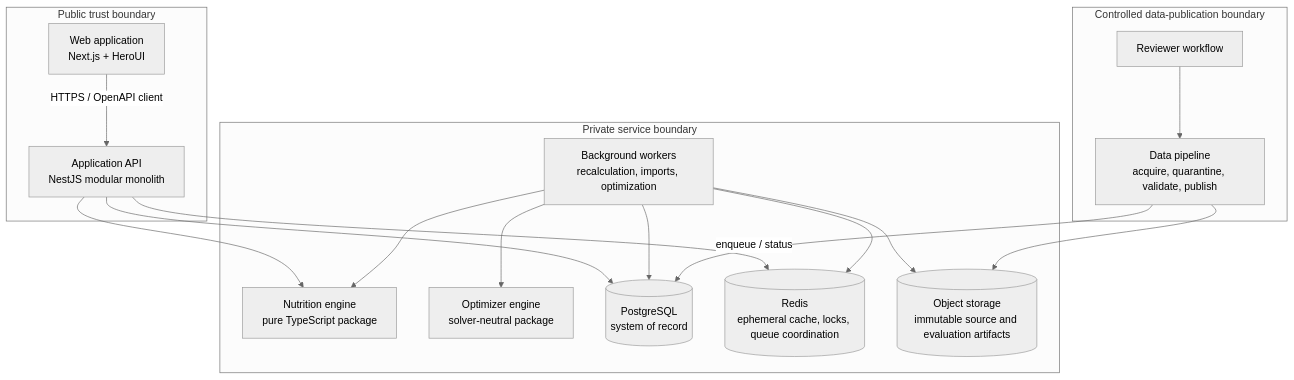
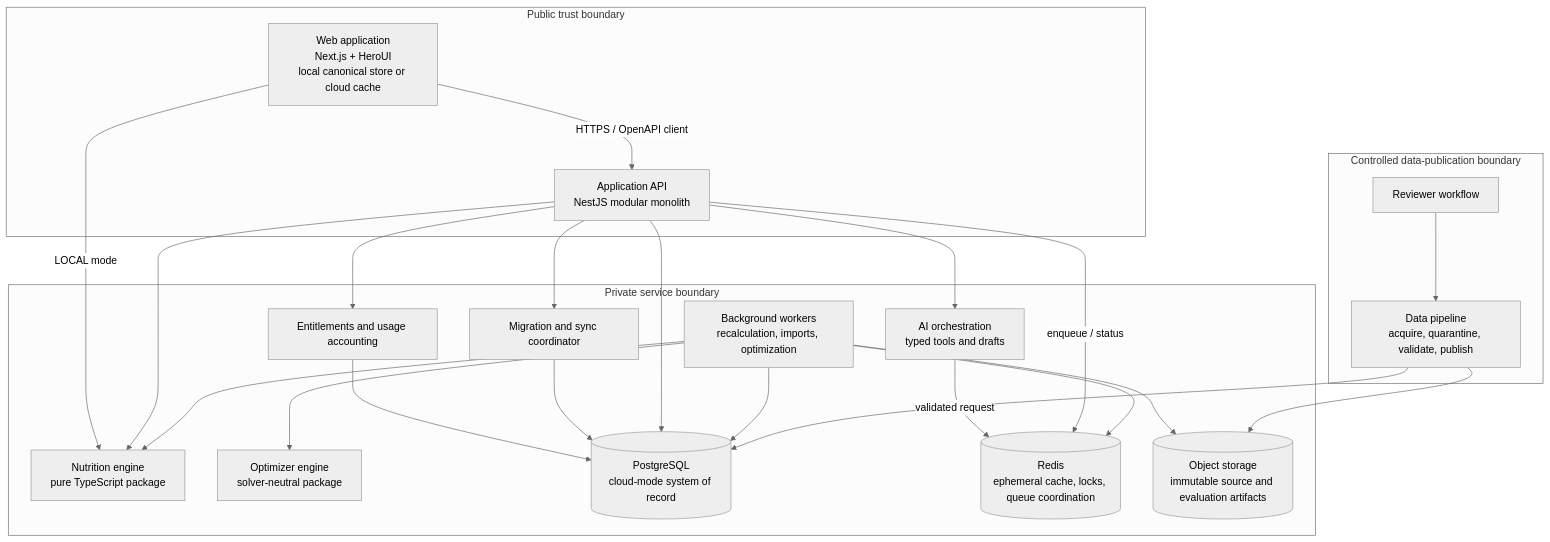
The second of 3 diagrams in docs/architecture/target-architecture.md (shari-ar/Nutrixx), drawn with Mermaid (neutral theme) before and after one commit. The commit also changed other lines of this file and 44 other files, not shown here.

Commit message:
docs: define local-first product architecture

````diff
--- a/docs/architecture/target-architecture.md
+++ b/docs/architecture/target-architecture.md
@@ -49,34 +57,44 @@
 ```mermaid
 flowchart TB
     subgraph Public["Public trust boundary"]
-      WEB["Web application<br/>Next.js + HeroUI"]
+      WEB["Web application<br/>Next.js + HeroUI<br/>local canonical store or cloud cache"]
       API["Application API<br/>NestJS modular monolith"]
     end
 
     subgraph Private["Private service boundary"]
       WORKER["Background workers<br/>recalculation, imports, optimization"]
       CALC["Nutrition engine<br/>pure TypeScript package"]
       OPT["Optimizer engine<br/>solver-neutral package"]
-      DB[("PostgreSQL<br/>system of record")]
+      ENT["Entitlements and usage accounting"]
+      AI["AI orchestration<br/>typed tools and drafts"]
+      SYNC["Migration and sync coordinator"]
+      DB[("PostgreSQL<br/>cloud-mode system of record")]
       REDIS[("Redis<br/>ephemeral cache, locks, queue coordination")]
       OBJ[("Object storage<br/>immutable source and evaluation artifacts")]
     end
 
     subgraph DataPlane["Controlled data-publication boundary"]
       PIPE["Data pipeline<br/>acquire, quarantine, validate, publish"]
       REVIEW["Reviewer workflow"]
     end
 
     WEB -->|HTTPS / OpenAPI client| API
+    WEB -->|LOCAL mode| CALC
     API --> CALC
+    API --> ENT
+    API --> AI
+    API --> SYNC
+    ENT --> DB
+    SYNC --> DB
+    AI -->|validated request| REDIS
     API -->|enqueue / status| REDIS
     API --> DB
     WORKER --> REDIS
     WORKER --> DB
     WORKER --> CALC
     WORKER --> OPT
     WORKER --> OBJ
     PIPE --> OBJ
     PIPE --> DB
     REVIEW --> PIPE
 ```
````
